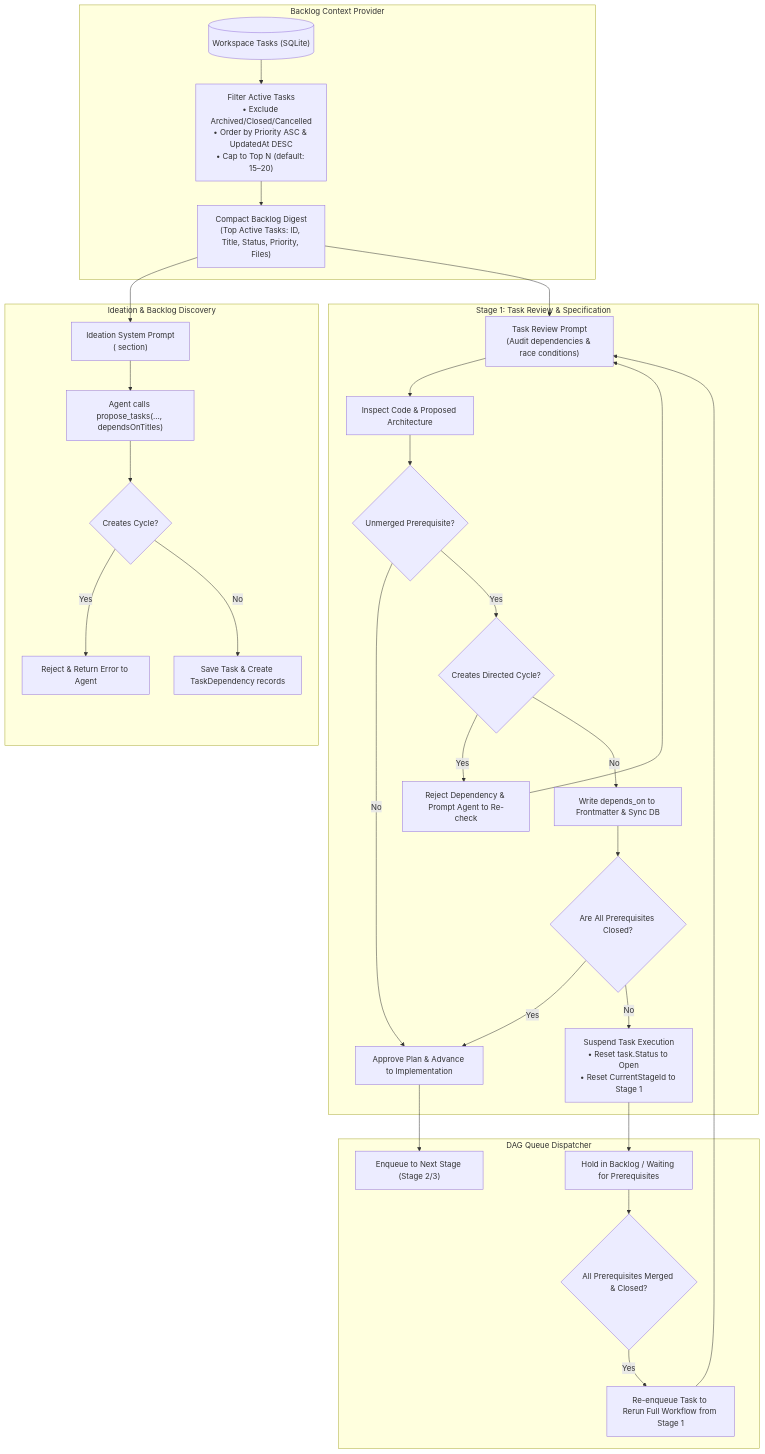
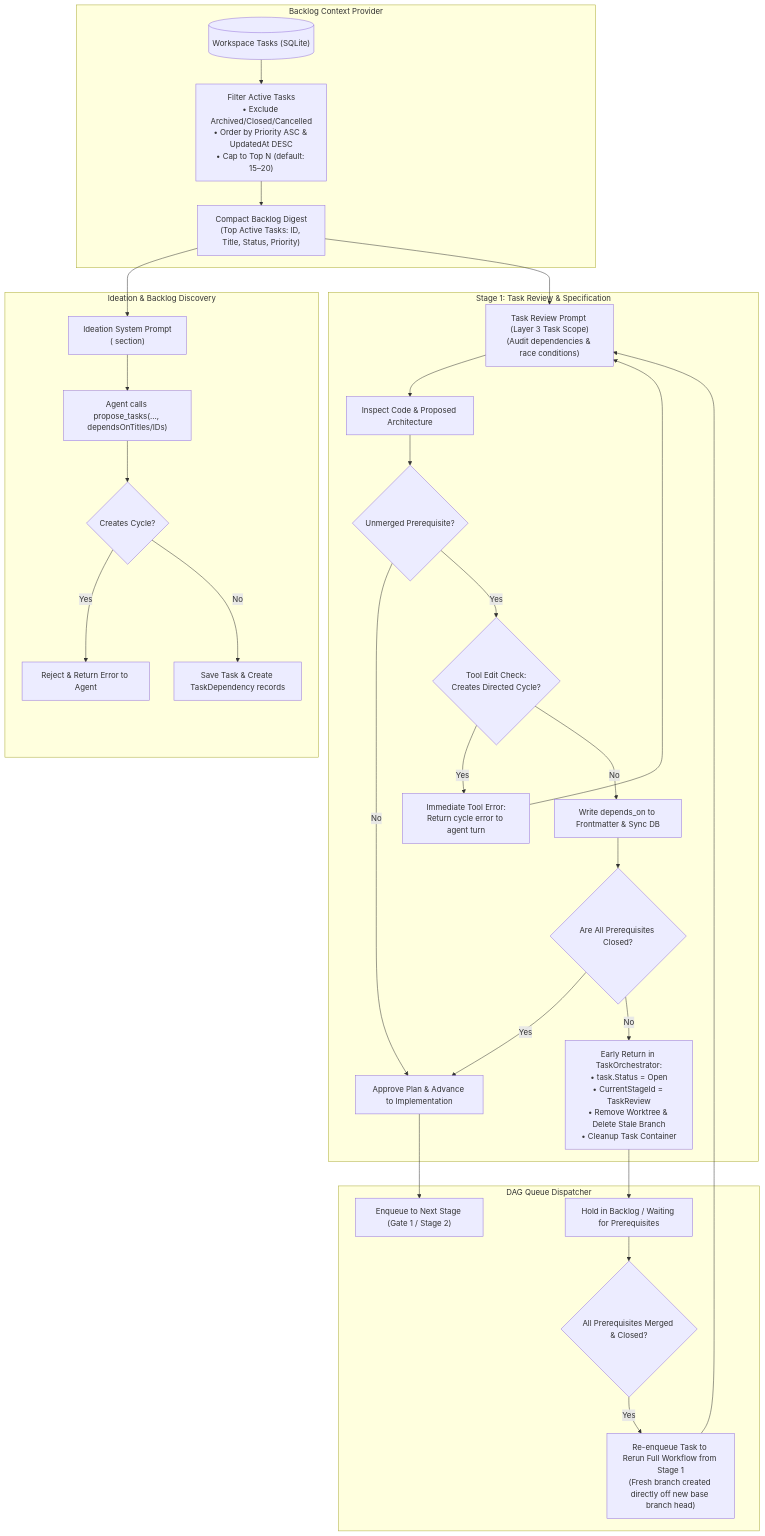
The diagram in docs/plan/phase-12/STEP_12_1_INTELLIGENT_TASK_DEPENDENCY_DETECTION.md (jetelain/NightCodeForge), drawn with Mermaid before and after one commit. The commit also changed other lines of this file and 4 other files, not shown here.

````diff
--- a/docs/plan/phase-12/STEP_12_1_INTELLIGENT_TASK_DEPENDENCY_DETECTION.md
+++ b/docs/plan/phase-12/STEP_12_1_INTELLIGENT_TASK_DEPENDENCY_DETECTION.md
@@ -35,40 +39,40 @@
 ```mermaid
 flowchart TD
     subgraph Context ["Backlog Context Provider"]
         TaskDB[("Workspace Tasks (SQLite)")]
         FilterTasks["Filter Active Tasks<br/>• Exclude Archived/Closed/Cancelled<br/>• Order by Priority ASC & UpdatedAt DESC<br/>• Cap to Top N (default: 15–20)"]
-        CompactSummary["Compact Backlog Digest<br/>(Top Active Tasks: ID, Title, Status, Priority, Files)"]
+        CompactSummary["Compact Backlog Digest<br/>(Top Active Tasks: ID, Title, Status, Priority)"]
         TaskDB --> FilterTasks
         FilterTasks --> CompactSummary
     end
 
     subgraph IdeationStage ["Ideation & Backlog Discovery"]
         CompactSummary --> IdeationPrompt["Ideation System Prompt<br/>(<existing_workspace_tasks> section)"]
-        IdeationPrompt --> AgentPropose["Agent calls propose_tasks(..., dependsOnTitles)"]
+        IdeationPrompt --> AgentPropose["Agent calls propose_tasks(..., dependsOnTitles/IDs)"]
         AgentPropose --> CheckIdeationCycle{"Creates Cycle?"}
         CheckIdeationCycle -- Yes --> RejectIdeationCycle["Reject & Return Error to Agent"]
         CheckIdeationCycle -- No --> AutoLink["Save Task & Create TaskDependency records"]
     end
 
     subgraph ReviewStage ["Stage 1: Task Review & Specification"]
-        CompactSummary --> ReviewPrompt["Task Review Prompt<br/>(Audit dependencies & race conditions)"]
+        CompactSummary --> ReviewPrompt["Task Review Prompt (Layer 3 Task Scope)<br/>(Audit dependencies & race conditions)"]
         ReviewPrompt --> CodeInspect["Inspect Code & Proposed Architecture"]
         CodeInspect --> CheckDeps{"Unmerged Prerequisite?"}
         CheckDeps -- No --> ApprovePlan["Approve Plan & Advance to Implementation"]
-        CheckDeps -- Yes --> CheckReviewCycle{"Creates Directed Cycle?"}
-        CheckReviewCycle -- Yes --> RejectReviewCycle["Reject Dependency & Prompt Agent to Re-check"]
-        RejectReviewCycle --> ReviewPrompt
-        CheckReviewCycle -- No --> UpdateFrontmatter["Write depends_on to Frontmatter & Sync DB"]
+        CheckDeps -- Yes --> InToolCycleCheck{"Tool Edit Check:<br/>Creates Directed Cycle?"}
+        InToolCycleCheck -- Yes --> RejectInTool["Immediate Tool Error:<br/>Return cycle error to agent turn"]
+        RejectInTool --> ReviewPrompt
+        InToolCycleCheck -- No --> UpdateFrontmatter["Write depends_on to Frontmatter & Sync DB"]
         UpdateFrontmatter --> CheckPrereqsClosed{"Are All Prerequisites Closed?"}
         CheckPrereqsClosed -- Yes --> ApprovePlan
-        CheckPrereqsClosed -- No --> SuspendReset["Suspend Task Execution<br/>• Reset task.Status to Open<br/>• Reset CurrentStageId to Stage 1"]
+        CheckPrereqsClosed -- No --> SuspendReset["Early Return in TaskOrchestrator:<br/>• task.Status = Open<br/>• CurrentStageId = TaskReview<br/>• Remove Worktree & Delete Stale Branch<br/>• Cleanup Task Container"]
     end
 
     subgraph Scheduler ["DAG Queue Dispatcher"]
         SuspendReset --> Hold["Hold in Backlog / Waiting for Prerequisites"]
-        ApprovePlan --> QueueStage2["Enqueue to Next Stage (Stage 2/3)"]
+        ApprovePlan --> QueueStage2["Enqueue to Next Stage (Gate 1 / Stage 2)"]
         Hold --> PrereqClosed{"All Prerequisites Merged & Closed?"}
-        PrereqClosed -- Yes --> ReQueue["Re-enqueue Task to Rerun Full Workflow from Stage 1"]
+        PrereqClosed -- Yes --> ReQueue["Re-enqueue Task to Rerun Full Workflow from Stage 1<br/>(Fresh branch created directly off new base branch head)"]
         ReQueue --> ReviewPrompt
     end
 ```
````
